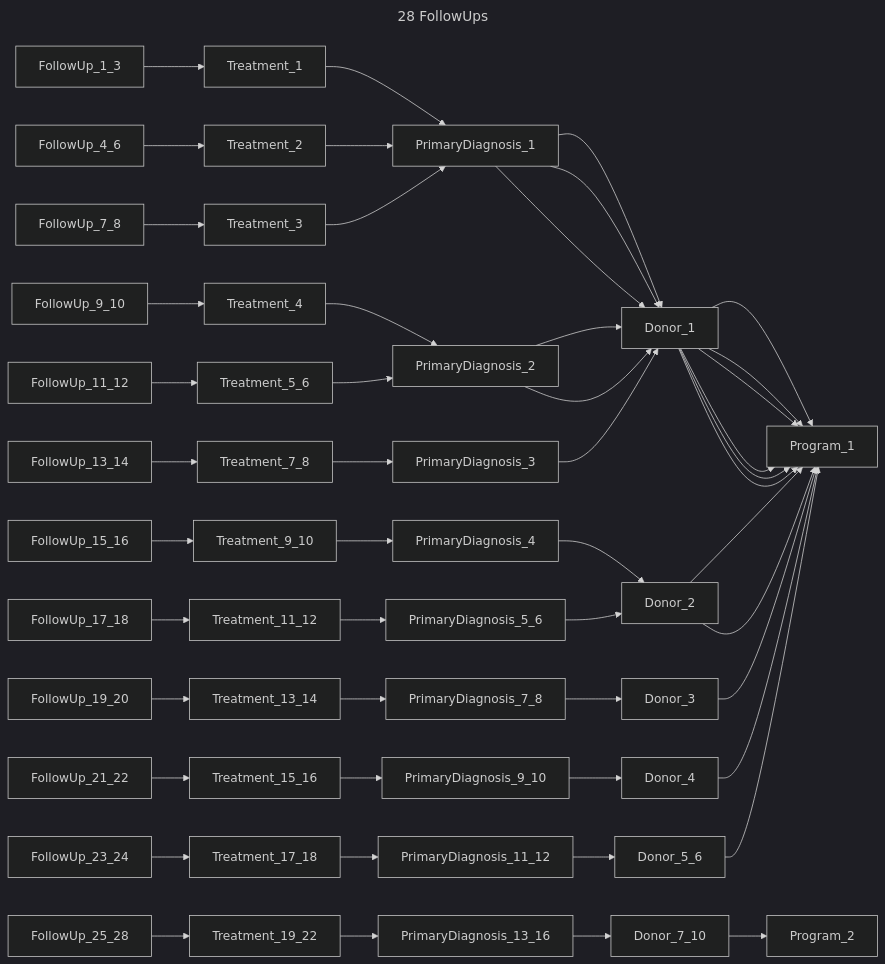
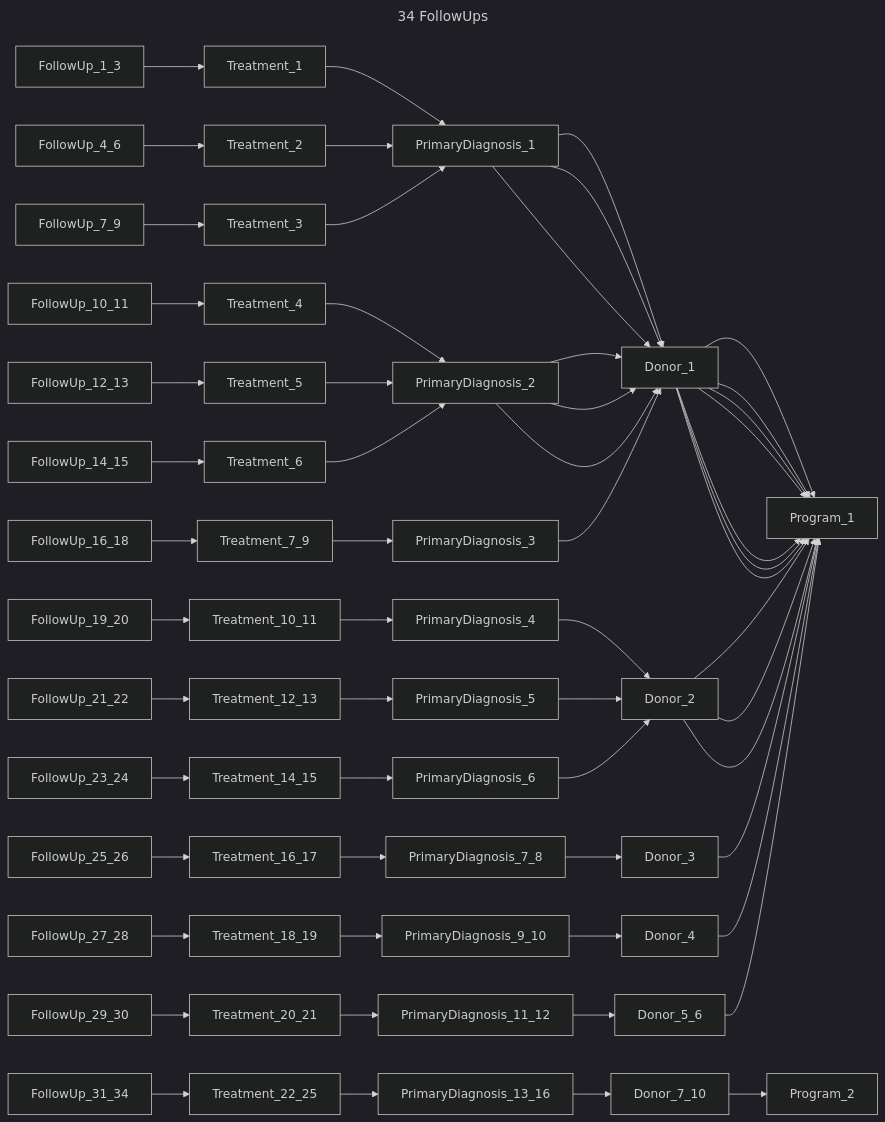
Diagram 11 of 14 in chord_metadata_service/mohpackets/data/small_dataset/README.md (bento-platform/katsu), drawn with Mermaid (dark theme) before and after one commit. The commit also changed other lines of this file, not shown here.

````diff
--- a/chord_metadata_service/mohpackets/data/small_dataset/README.md
+++ b/chord_metadata_service/mohpackets/data/small_dataset/README.md
@@ -147,18 +158,20 @@
 ```mermaid
 ---
-title: 28 FollowUps
+title: 34 FollowUps
 ---
 graph LR;  
   FollowUp_1_3 --> Treatment_1 --> PrimaryDiagnosis_1 --> Donor_1 --> Program_1;  
   FollowUp_4_6 --> Treatment_2 --> PrimaryDiagnosis_1 --> Donor_1 --> Program_1;  
-  FollowUp_7_8 --> Treatment_3 --> PrimaryDiagnosis_1 --> Donor_1 --> Program_1;  
-  FollowUp_9_10 --> Treatment_4 --> PrimaryDiagnosis_2 --> Donor_1 --> Program_1;  
-  FollowUp_11_12 --> Treatment_5_6 --> PrimaryDiagnosis_2 --> Donor_1 --> Program_1;  
-  FollowUp_13_14 --> Treatment_7_8 --> PrimaryDiagnosis_3 --> Donor_1 --> Program_1;  
-  FollowUp_15_16 --> Treatment_9_10 --> PrimaryDiagnosis_4 --> Donor_2 --> Program_1;  
-  FollowUp_17_18 --> Treatment_11_12 --> PrimaryDiagnosis_5_6 --> Donor_2 --> Program_1;  
-  FollowUp_19_20 --> Treatment_13_14 --> PrimaryDiagnosis_7_8 --> Donor_3 --> Program_1;  
-  FollowUp_21_22 --> Treatment_15_16 --> PrimaryDiagnosis_9_10 --> Donor_4 --> Program_1;  
-  FollowUp_23_24 --> Treatment_17_18 --> PrimaryDiagnosis_11_12 --> Donor_5_6 --> Program_1;  
-  FollowUp_25_28 --> Treatment_19_22 --> PrimaryDiagnosis_13_16 --> Donor_7_10 --> Program_2;
+  FollowUp_7_9 --> Treatment_3 --> PrimaryDiagnosis_1 --> Donor_1 --> Program_1;  
+  FollowUp_10_11 --> Treatment_4 --> PrimaryDiagnosis_2 --> Donor_1 --> Program_1; 
+  FollowUp_12_13 --> Treatment_5 --> PrimaryDiagnosis_2 --> Donor_1 --> Program_1; 
+  FollowUp_14_15 --> Treatment_6 --> PrimaryDiagnosis_2 --> Donor_1 --> Program_1; 
+  FollowUp_16_18 --> Treatment_7_9 --> PrimaryDiagnosis_3 --> Donor_1 --> Program_1;
+  FollowUp_19_20 --> Treatment_10_11 --> PrimaryDiagnosis_4 --> Donor_2 --> Program_1;  
+  FollowUp_21_22 --> Treatment_12_13 --> PrimaryDiagnosis_5 --> Donor_2 --> Program_1;  
+  FollowUp_23_24 --> Treatment_14_15 --> PrimaryDiagnosis_6 --> Donor_2 --> Program_1; 
+  FollowUp_25_26 --> Treatment_16_17 --> PrimaryDiagnosis_7_8 --> Donor_3 --> Program_1;  
+  FollowUp_27_28 --> Treatment_18_19 --> PrimaryDiagnosis_9_10 --> Donor_4 --> Program_1;  
+  FollowUp_29_30 --> Treatment_20_21 --> PrimaryDiagnosis_11_12 --> Donor_5_6 --> Program_1;  
+  FollowUp_31_34 --> Treatment_22_25 --> PrimaryDiagnosis_13_16 --> Donor_7_10 --> Program_2;
 ```
````
